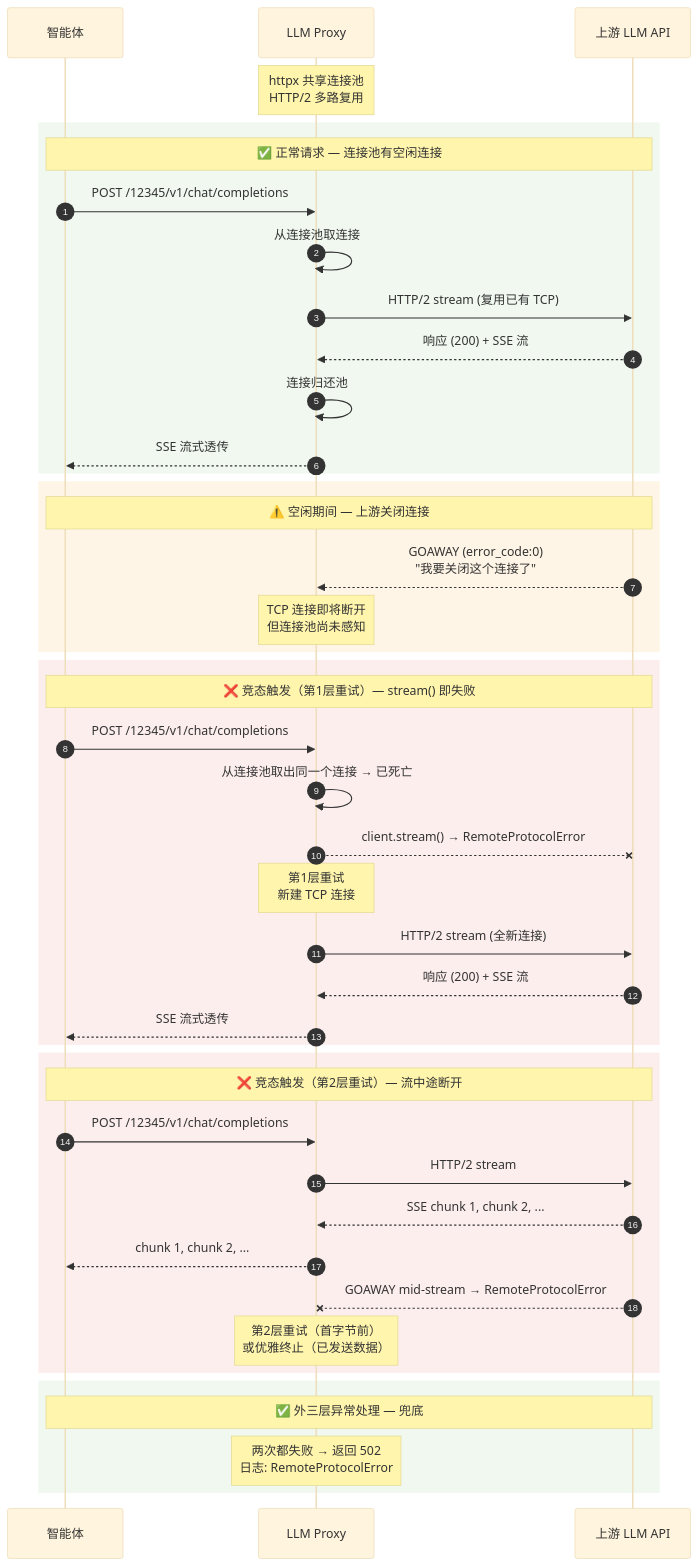
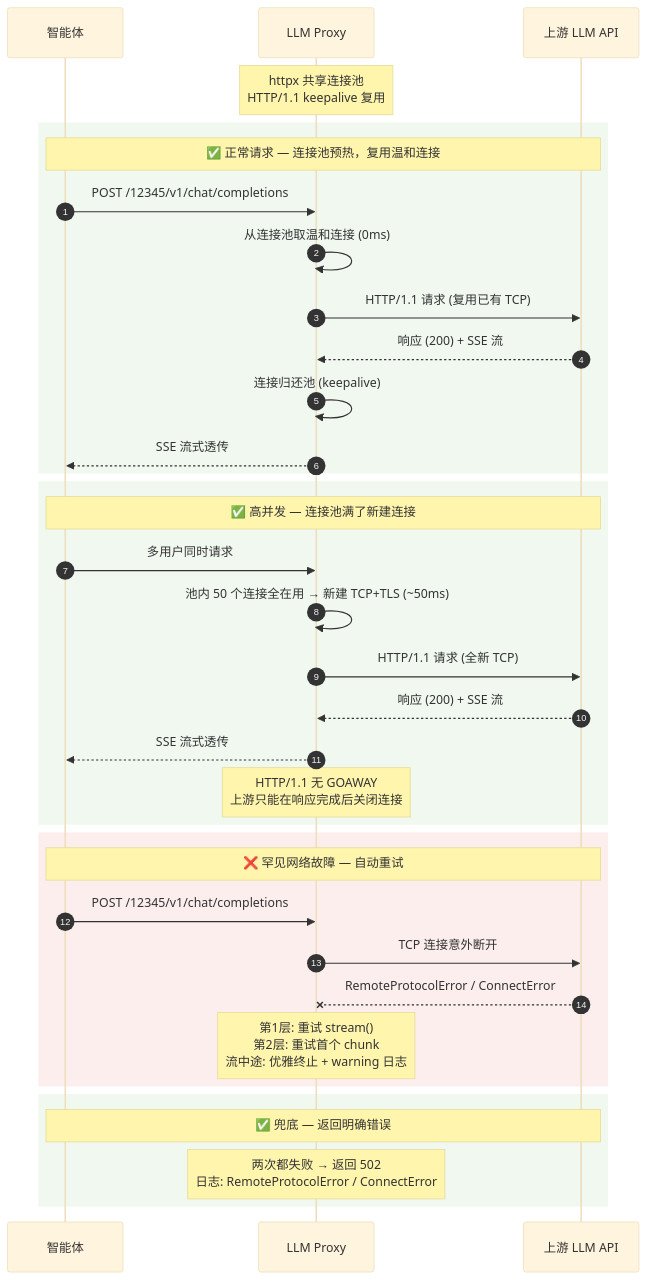
Before and after one commit to HaoCheng-Wang/llm-proxy: the ninth of 11 diagrams in README.md, drawn with Mermaid (base theme). The commit also changed other lines of this file, not shown here.

First line of the commit message:
docs: update README for unified HTTP/1.1 architecture

````diff
--- a/README.md
+++ b/README.md
@@ -406,51 +410,42 @@
 ```mermaid
 sequenceDiagram
     autonumber
     participant A as 智能体
     participant P as LLM Proxy
     participant U as 上游 LLM API
 
-    Note over P: httpx 共享连接池<br/>HTTP/2 多路复用
+    Note over P: httpx 共享连接池<br/>HTTP/1.1 keepalive 复用
 
     rect rgb(240, 248, 240)
-        Note over A,U: ✅ 正常请求 — 连接池有空闲连接
+        Note over A,U: ✅ 正常请求 — 连接池预热，复用温和连接
         A->>P: POST /12345/v1/chat/completions
-        P->>P: 从连接池取连接
-        P->>U: HTTP/2 stream (复用已有 TCP)
+        P->>P: 从连接池取温和连接 (0ms)
+        P->>U: HTTP/1.1 请求 (复用已有 TCP)
         U-->>P: 响应 (200) + SSE 流
-        P->>P: 连接归还池
+        P->>P: 连接归还池 (keepalive)
         P-->>A: SSE 流式透传
     end
 
-    rect rgb(255, 245, 230)
-        Note over A,U: ⚠️ 空闲期间 — 上游关闭连接
-        U-->>P: GOAWAY (error_code:0)<br/>"我要关闭这个连接了"
-        Note over P: TCP 连接即将断开<br/>但连接池尚未感知
+    rect rgb(240, 248, 240)
+        Note over A,U: ✅ 高并发 — 连接池满了新建连接
+        A->>P: 多用户同时请求
+        P->>P: 池内 50 个连接全在用 → 新建 TCP+TLS (~50ms)
+        P->>U: HTTP/1.1 请求 (全新 TCP)
+        U-->>P: 响应 (200) + SSE 流
+        P-->>A: SSE 流式透传
+        Note over P: HTTP/1.1 无 GOAWAY<br/>上游只能在响应完成后关闭连接
     end
 
     rect rgb(253, 238, 238)
-        Note over A,U: ❌ 竞态触发（第1层重试）— stream() 即失败
+        Note over A,U: ❌ 罕见网络故障 — 自动重试
         A->>P: POST /12345/v1/chat/completions
-        P->>P: 从连接池取出同一个连接 → 已死亡
-        P--xU: client.stream() → RemoteProtocolError
-        Note over P: 第1层重试<br/>新建 TCP 连接
-        P->>U: HTTP/2 stream (全新连接)
-        U-->>P: 响应 (200) + SSE 流
-        P-->>A: SSE 流式透传
-    end
-
-    rect rgb(253, 238, 238)
-        Note over A,U: ❌ 竞态触发（第2层重试）— 流中途断开
-        A->>P: POST /12345/v1/chat/completions
-        P->>U: HTTP/2 stream
-        U-->>P: SSE chunk 1, chunk 2, ...
-        P-->>A: chunk 1, chunk 2, ...
-        U--xP: GOAWAY mid-stream → RemoteProtocolError
-        Note over P: 第2层重试（首字节前）<br/>或优雅终止（已发送数据）
+        P->>U: TCP 连接意外断开
+        U--xP: RemoteProtocolError / ConnectError
+        Note over P: 第1层: 重试 stream()<br/>第2层: 重试首个 chunk<br/>流中途: 优雅终止 + warning 日志
     end
 
     rect rgb(240, 248, 240)
-        Note over A,U: ✅ 外三层异常处理 — 兜底
-        Note over P: 两次都失败 → 返回 502<br/>日志: RemoteProtocolError
+        Note over A,U: ✅ 兜底 — 返回明确错误
+        Note over P: 两次都失败 → 返回 502<br/>日志: RemoteProtocolError / ConnectError
     end
 ```
````
